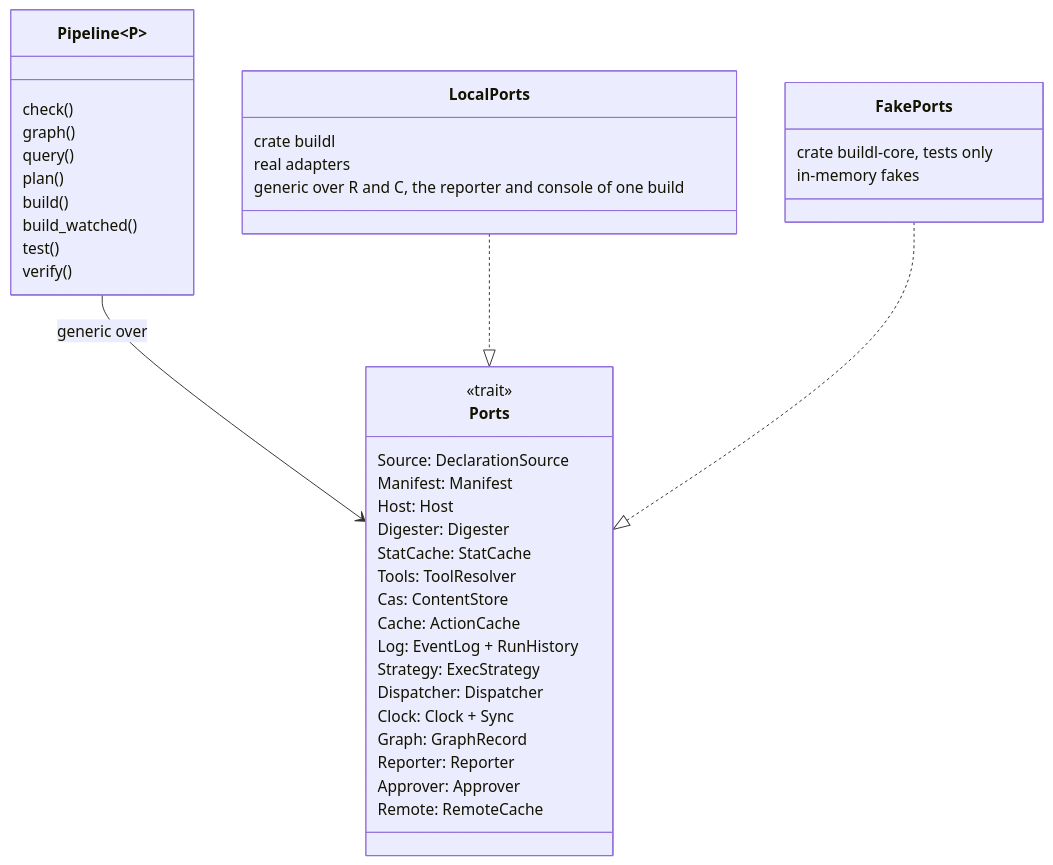
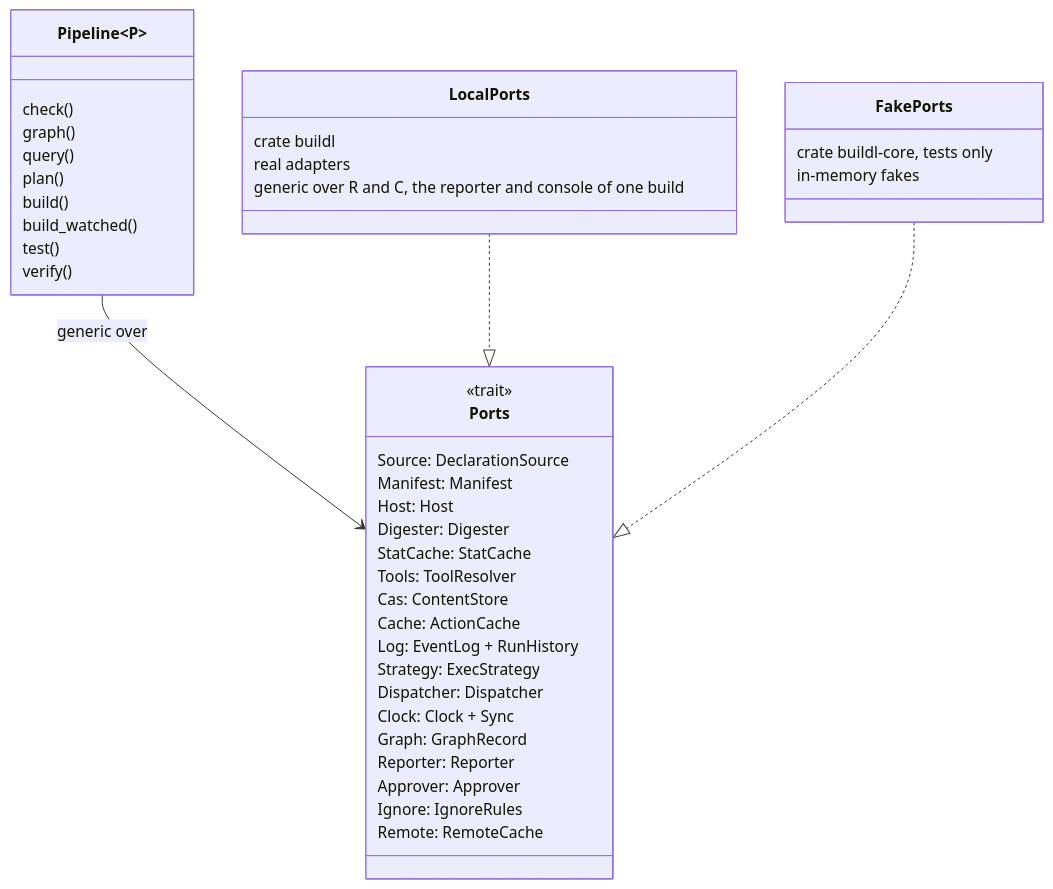
Before and after one commit to airsstack/buildl: the sixth of 7 diagrams in book/src/ch11-03-four-crates.md, drawn with Mermaid. The commit also changed other lines of this file and 7 other files, not shown here.

````diff
--- a/book/src/ch11-03-four-crates.md
+++ b/book/src/ch11-03-four-crates.md
@@ -342,45 +346,46 @@
 ```mermaid
 %% C4 level 4 — the Ports bundle and its two implementations
 classDiagram
     class Pipeline~P~ {
         check()
         graph()
         query()
         plan()
         build()
         build_watched()
         test()
         verify()
     }
     class Ports {
         <<trait>>
         Source: DeclarationSource
         Manifest: Manifest
         Host: Host
         Digester: Digester
         StatCache: StatCache
         Tools: ToolResolver
         Cas: ContentStore
         Cache: ActionCache
         Log: EventLog + RunHistory
         Strategy: ExecStrategy
         Dispatcher: Dispatcher
         Clock: Clock + Sync
         Graph: GraphRecord
         Reporter: Reporter
         Approver: Approver
+        Ignore: IgnoreRules
         Remote: RemoteCache
     }
     class LocalPorts {
         crate buildl
         real adapters
         generic over R and C, the reporter and console of one build
     }
     class FakePorts {
         crate buildl-core, tests only
         in-memory fakes
     }
     Pipeline --> Ports : generic over
     LocalPorts ..|> Ports
     FakePorts ..|> Ports
 ```
````
